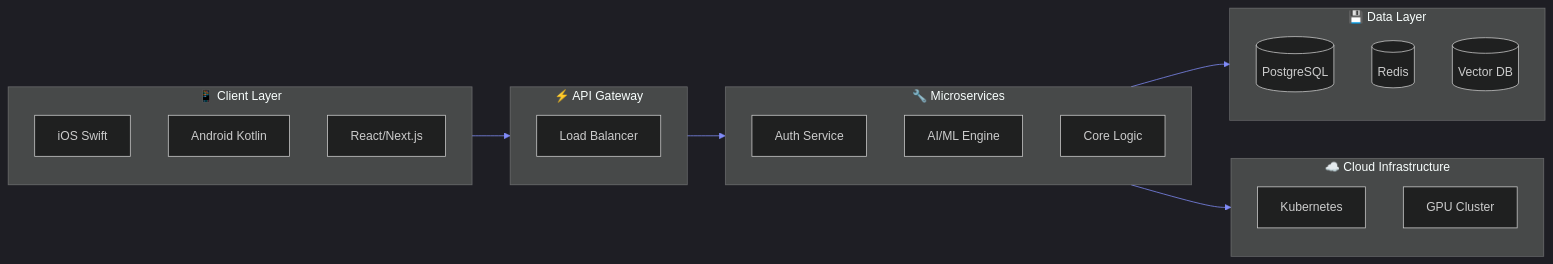
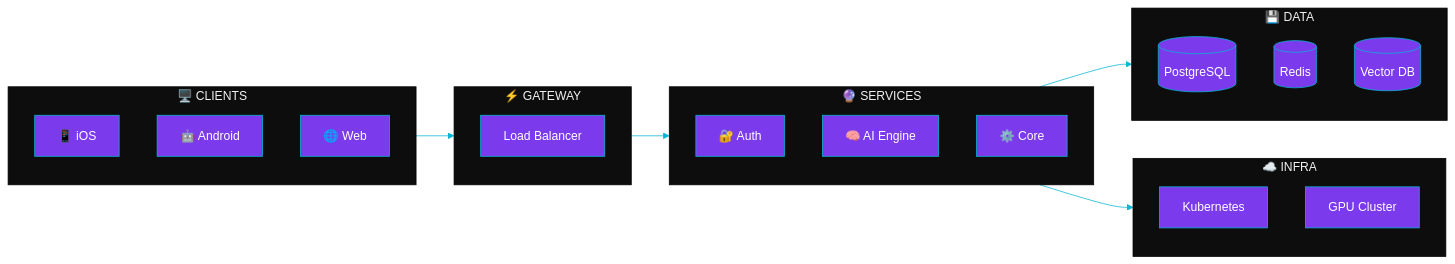
Before and after one commit to yash1511-bogam/yash1511-bogam: the second of 3 diagrams in README.md, drawn with Mermaid. The commit also changed other lines of this file, not shown here.

````diff
--- a/README.md
+++ b/README.md
@@ -51,35 +61,36 @@
 ```mermaid
-%%{init: {'theme': 'dark', 'themeVariables': { 'primaryColor': '#6366f1', 'primaryTextColor': '#fff', 'primaryBorderColor': '#818cf8', 'lineColor': '#818cf8'}}}%%
+%%{init: {'theme': 'base', 'themeVariables': { 'primaryColor': '#7c3aed', 'primaryTextColor': '#fff', 'primaryBorderColor': '#06b6d4', 'lineColor': '#06b6d4', 'secondaryColor': '#1a1a2e', 'tertiaryColor': '#0d0d0d', 'background': '#0d0d0d'}}}%%
 flowchart LR
-    subgraph Client["📱 Client Layer"]
-        iOS[iOS Swift]
-        Android[Android Kotlin]
-        Web[React/Next.js]
+    subgraph C["🖥️ CLIENTS"]
+        direction TB
+        iOS["📱 iOS"]
+        Android["🤖 Android"]
+        Web["🌐 Web"]
     end
     
-    subgraph API["⚡ API Gateway"]
-        Gateway[Load Balancer]
+    subgraph G["⚡ GATEWAY"]
+        LB["Load Balancer"]
     end
     
-    subgraph Services["🔧 Microservices"]
-        Auth[Auth Service]
-        AI[AI/ML Engine]
-        Core[Core Logic]
+    subgraph S["🔮 SERVICES"]
+        direction TB
+        Auth["🔐 Auth"]
+        AI["🧠 AI Engine"]
+        Core["⚙️ Core"]
     end
     
-    subgraph Data["💾 Data Layer"]
-        DB[(PostgreSQL)]
-        Cache[(Redis)]
-        Vector[(Vector DB)]
+    subgraph D["💾 DATA"]
+        direction TB
+        DB[("PostgreSQL")]
+        Cache[("Redis")]
+        Vec[("Vector DB")]
     end
     
-    subgraph Infra["☁️ Cloud Infrastructure"]
-        K8s[Kubernetes]
-        GPU[GPU Cluster]
+    subgraph I["☁️ INFRA"]
+        K8s["Kubernetes"]
+        GPU["GPU Cluster"]
     end
     
-    Client --> API
-    API --> Services
-    Services --> Data
-    Services --> Infra
+    C --> G --> S --> D
+    S --> I
 ```
````
